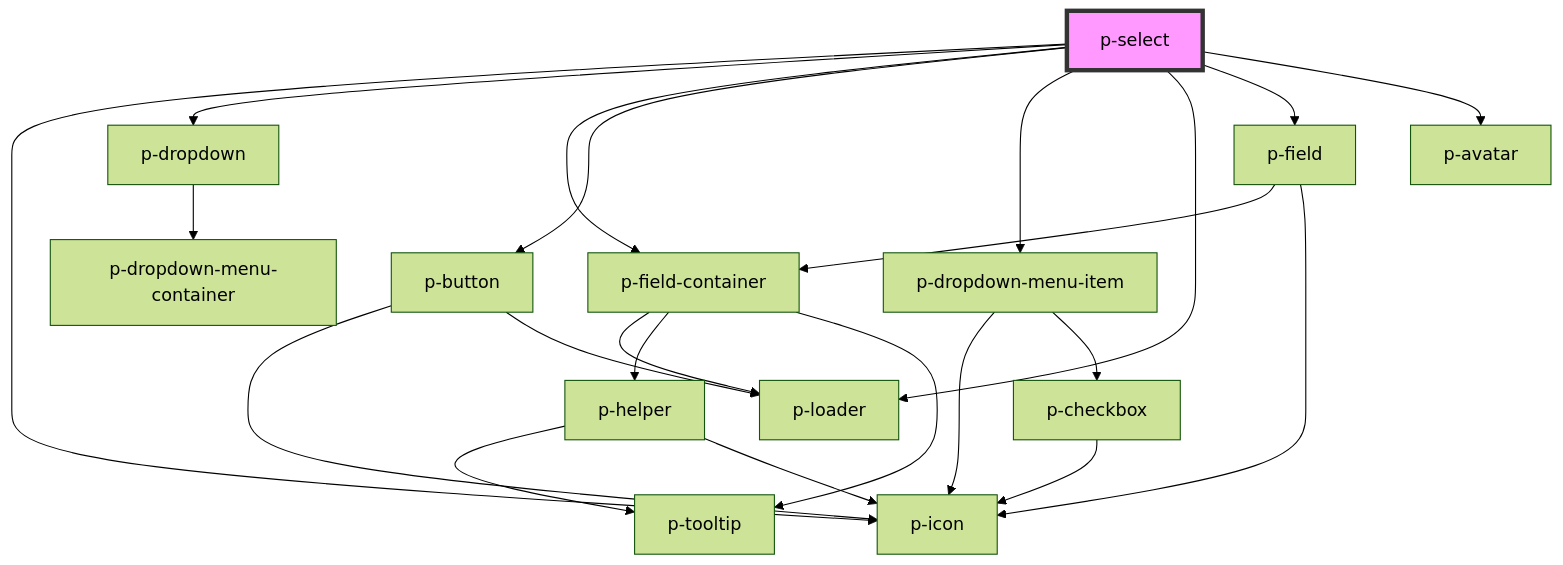
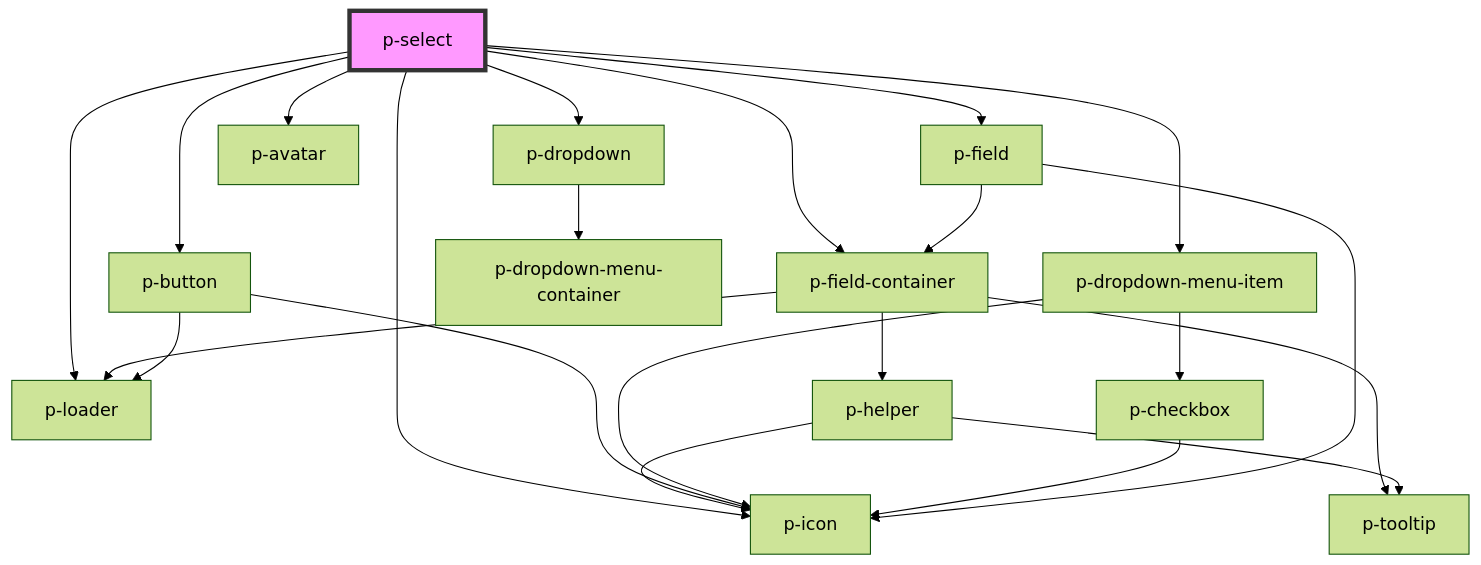
The diagram in packages/core/src/components/molecules/select/readme.md (Employes/Paperless), drawn with Mermaid (forest theme) before and after one commit. The commit also changed other lines of this file and 1 other file, not shown here.

Commit message:
fix(molecules/select): Make dropdown stick to button

````diff
--- a/packages/core/src/components/molecules/select/readme.md
+++ b/packages/core/src/components/molecules/select/readme.md
@@ -80,25 +80,25 @@
 ```mermaid
 graph TD;
   p-select --> p-icon
+  p-select --> p-field-container
   p-select --> p-dropdown
-  p-select --> p-field-container
   p-select --> p-button
   p-select --> p-dropdown-menu-item
   p-select --> p-loader
   p-select --> p-field
   p-select --> p-avatar
-  p-dropdown --> p-dropdown-menu-container
   p-field-container --> p-loader
   p-field-container --> p-helper
   p-field-container --> p-tooltip
   p-helper --> p-tooltip
   p-helper --> p-icon
+  p-dropdown --> p-dropdown-menu-container
   p-button --> p-icon
   p-button --> p-loader
   p-dropdown-menu-item --> p-icon
   p-dropdown-menu-item --> p-checkbox
   p-checkbox --> p-icon
   p-field --> p-field-container
   p-field --> p-icon
   style p-select fill:#f9f,stroke:#333,stroke-width:4px
 ```
````
